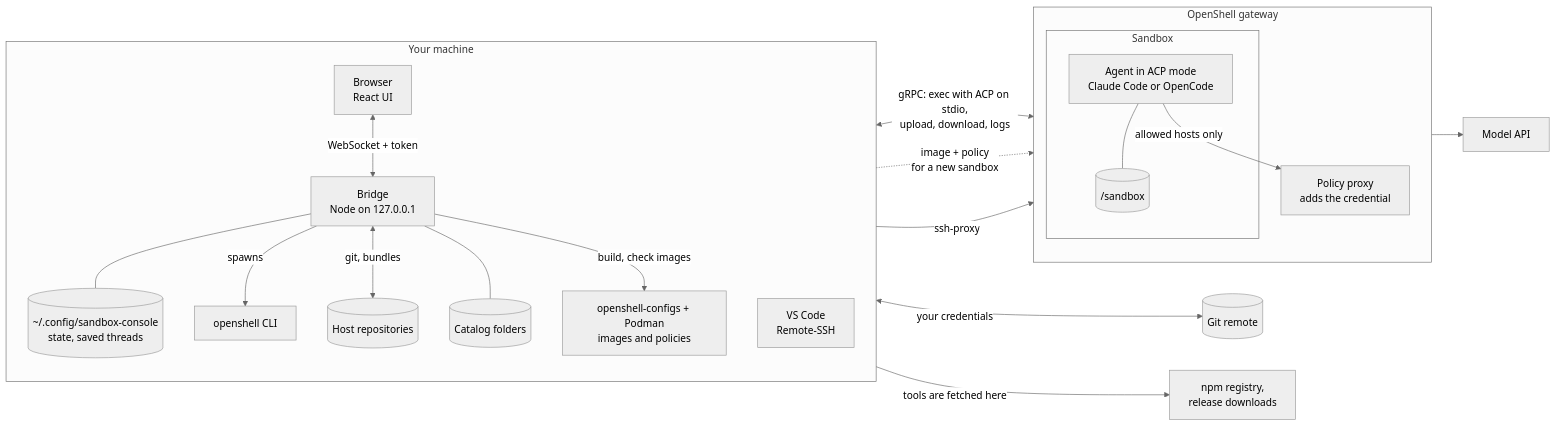
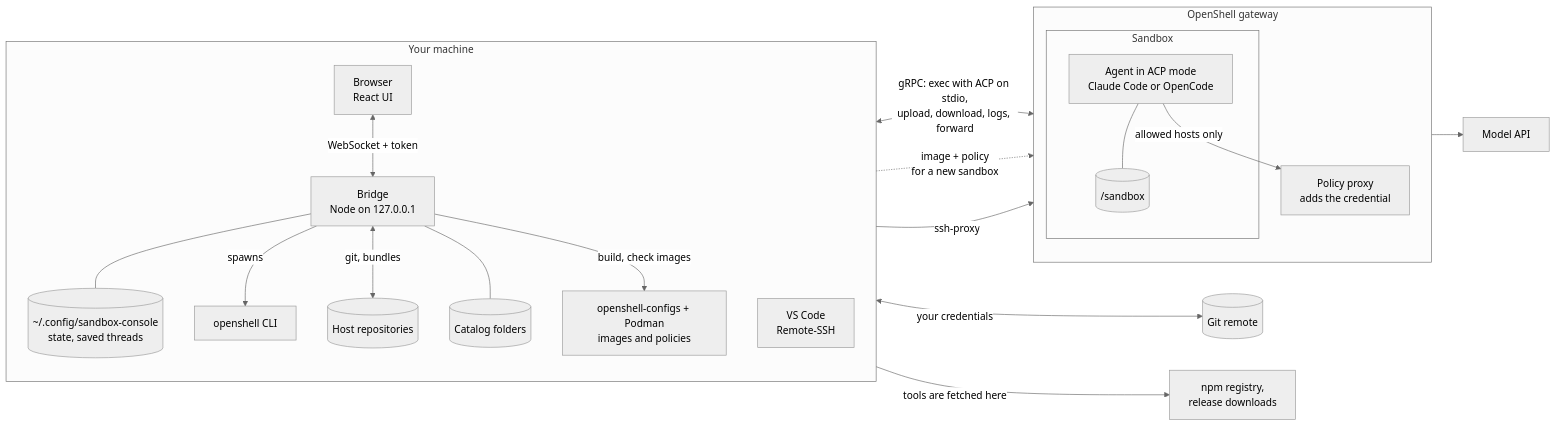
The first of 4 diagrams in README.md (fredrikp999/sandbox-console), drawn with Mermaid (neutral theme) before and after one commit. The commit also changed other lines of this file and 12 other files, not shown here.

````diff
--- a/README.md
+++ b/README.md
@@ -136,42 +145,42 @@
 ```mermaid
 flowchart LR
   subgraph host["Your machine"]
     direction TB
     browser["Browser<br/>React UI"]
     bridge["Bridge<br/>Node on 127.0.0.1"]
     cli["openshell CLI"]
     data[("~/.config/sandbox-console<br/>state, saved threads")]
     repos[("Host repositories")]
     catalog[("Catalog folders")]
     configs["openshell-configs + Podman<br/>images and policies"]
     vscode["VS Code<br/>Remote-SSH"]
   end
 
   subgraph gw["OpenShell gateway"]
     direction TB
     subgraph sb["Sandbox"]
       agent["Agent in ACP mode<br/>Claude Code or OpenCode"]
       files[("/sandbox")]
     end
     proxy["Policy proxy<br/>adds the credential"]
   end
 
   origin[("Git remote")]
   api["Model API"]
   pkgs["npm registry,<br/>release downloads"]
 
   browser <-->|"WebSocket + token"| bridge
   bridge --- data
   bridge -->|"spawns"| cli
-  cli <-->|"gRPC: exec with ACP on stdio,<br/>upload, download, logs"| agent
+  cli <-->|"gRPC: exec with ACP on stdio,<br/>upload, download, logs, forward"| agent
   agent --- files
   agent -->|"allowed hosts only"| proxy
   proxy --> api
   bridge <-->|"git, bundles"| repos
   repos <-->|"your credentials"| origin
   bridge --- catalog
   bridge -->|"tools are fetched here"| pkgs
   bridge -->|"build, check images"| configs
   configs -.->|"image + policy<br/>for a new sandbox"| sb
   vscode -->|"ssh-proxy"| sb
 ```
````
